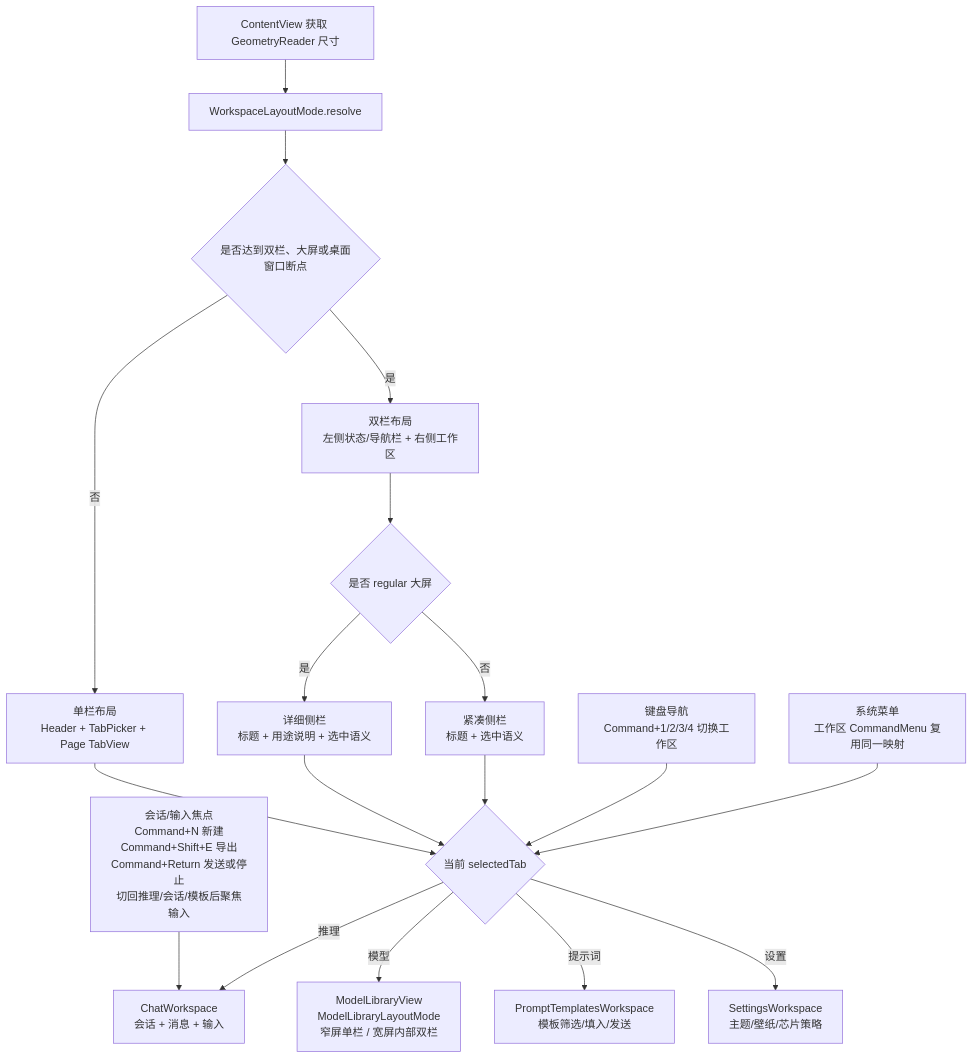
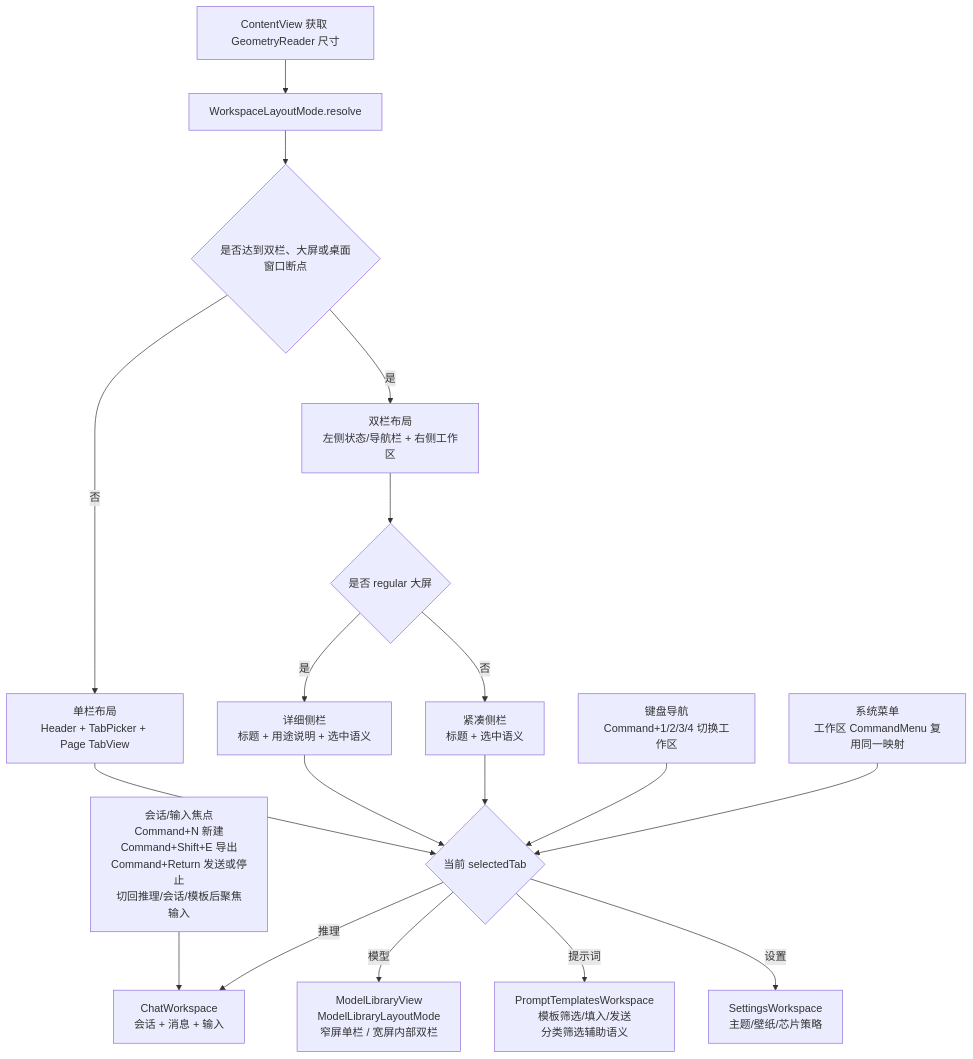
One commit to Altman-sam114/113 changed the fourth of 9 diagrams in md/flow/flowchart.md. Above: the diagram before and after it, drawn with Mermaid. The commit also changed other lines of this file and 8 other files, not shown here.

````diff
--- a/md/flow/flowchart.md
+++ b/md/flow/flowchart.md
@@ -68,20 +68,20 @@
 ```mermaid
 flowchart TD
     A[ContentView 获取 GeometryReader 尺寸] --> B[WorkspaceLayoutMode.resolve]
     B --> C{是否达到双栏、大屏或桌面窗口断点}
     C -- 否 --> D[单栏布局<br/>Header + TabPicker + Page TabView]
     C -- 是 --> E[双栏布局<br/>左侧状态/导航栏 + 右侧工作区]
     E --> N{是否 regular 大屏}
     N -- 是 --> O[详细侧栏<br/>标题 + 用途说明 + 选中语义]
     N -- 否 --> P[紧凑侧栏<br/>标题 + 选中语义]
     D --> F{当前 selectedTab}
     O --> F
     P --> F
     K[键盘导航<br/>Command+1/2/3/4 切换工作区] --> F
     M[系统菜单<br/>工作区 CommandMenu 复用同一映射] --> F
     L[会话/输入焦点<br/>Command+N 新建<br/>Command+Shift+E 导出<br/>Command+Return 发送或停止<br/>切回推理/会话/模板后聚焦输入] --> G
     F -- 推理 --> G[ChatWorkspace<br/>会话 + 消息 + 输入]
     F -- 模型 --> H[ModelLibraryView<br/>ModelLibraryLayoutMode<br/>窄屏单栏 / 宽屏内部双栏]
-    F -- 提示词 --> I[PromptTemplatesWorkspace<br/>模板筛选/填入/发送]
+    F -- 提示词 --> I[PromptTemplatesWorkspace<br/>模板筛选/填入/发送<br/>分类筛选辅助语义]
     F -- 设置 --> J[SettingsWorkspace<br/>主题/壁纸/芯片策略]
 ```
````
